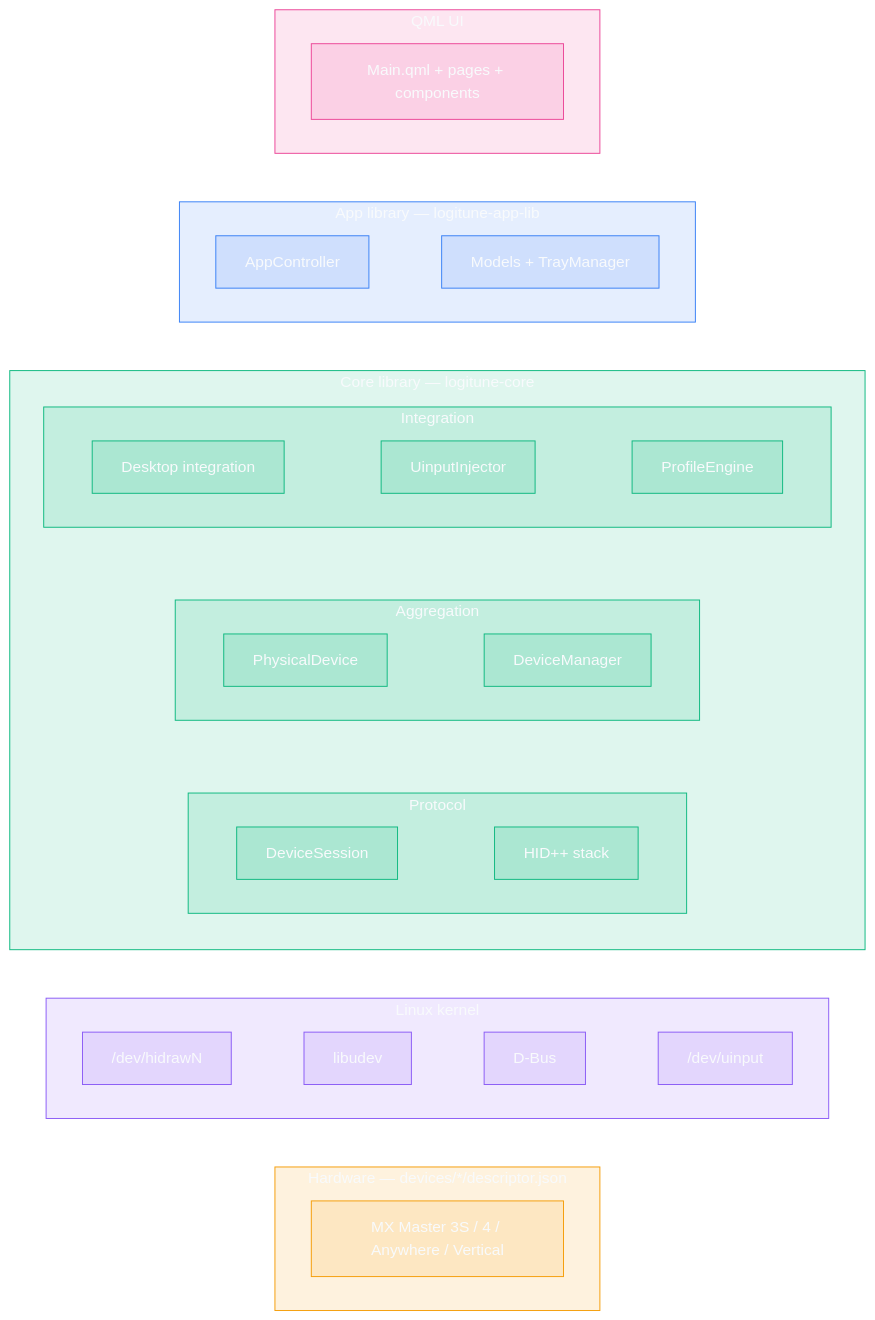
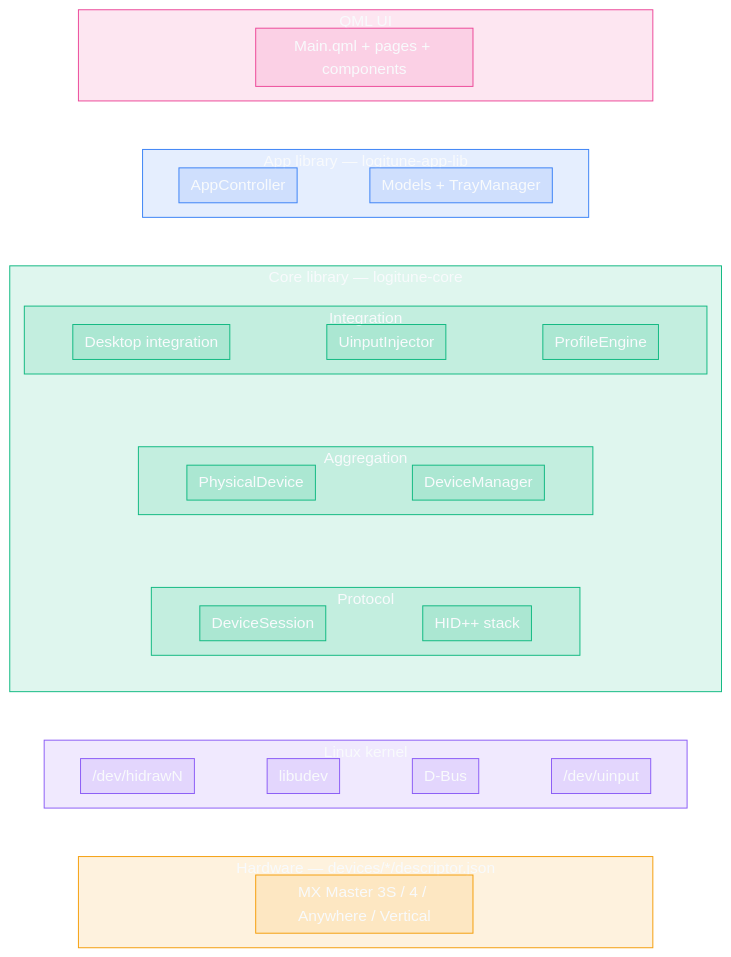
The first of 17 diagrams in docs/wiki/Architecture.md (mmaher88/logitune), drawn with Mermaid before and after one commit.

Commit message:
docs(wiki): tighten System Overview - no gaps, pad short layers to full width
Two changes to the diagram:

- Init the flowchart with nodeSpacing 10 / rankSpacing 0 / padding 6
  so GitHub's mermaid stops inserting vertical air between layers.
  The stack now reads as one contiguous diagram.
- Add invisible padding nodes (:::hidden) to the UI and Hardware
  subgraphs so those one-block layers stretch to roughly the same
  width as the multi-block ones. Without them the narrow layers
  floated in the middle of the page looking disconnected.

````diff
--- a/docs/wiki/Architecture.md
+++ b/docs/wiki/Architecture.md
@@ -9,50 +9,54 @@
 ```mermaid
+%%{init: {'flowchart': {'nodeSpacing': 10, 'rankSpacing': 0, 'padding': 6, 'subGraphTitleMargin': {'top': 0, 'bottom': 4}}}}%%
 flowchart TB
     subgraph ui ["QML UI"]
-        u1["Main.qml + pages + components"]
+        direction LR
+        uPadL:::hidden ~~~ u1["Main.qml + pages + components"] ~~~ uPadR:::hidden
     end
 
     subgraph app ["App library — logitune-app-lib"]
         direction LR
         a1["AppController"] ~~~ a2["Models + TrayManager"]
     end
 
     subgraph core ["Core library — logitune-core"]
         direction TB
         subgraph coreIntegration ["Integration"]
             direction LR
             cI1["Desktop integration"] ~~~ cI2["UinputInjector"] ~~~ cI3["ProfileEngine"]
         end
         subgraph coreAggregation ["Aggregation"]
             direction LR
             cA1["PhysicalDevice"] ~~~ cA2["DeviceManager"]
         end
         subgraph coreProtocol ["Protocol"]
             direction LR
             cP1["DeviceSession"] ~~~ cP2["HID++ stack"]
         end
         coreIntegration ~~~ coreAggregation ~~~ coreProtocol
     end
 
     subgraph kernel ["Linux kernel"]
         direction LR
         k1["/dev/hidrawN"] ~~~ k2["libudev"] ~~~ k3["D-Bus"] ~~~ k4["/dev/uinput"]
     end
 
     subgraph hardware ["Hardware — devices/*/descriptor.json"]
-        h1["MX Master 3S / 4 / Anywhere / Vertical"]
+        direction LR
+        hPadL:::hidden ~~~ h1["MX Master 3S / 4 / Anywhere / Vertical"] ~~~ hPadR:::hidden
     end
 
     ui ~~~ app ~~~ core ~~~ kernel ~~~ hardware
 
     classDef uiStyle     fill:#ec489922,stroke:#ec4899,color:#f8fafc
     classDef appStyle    fill:#3b82f622,stroke:#3b82f6,color:#f8fafc
     classDef coreStyle   fill:#10b98122,stroke:#10b981,color:#f8fafc
     classDef kernelStyle fill:#8b5cf622,stroke:#8b5cf6,color:#f8fafc
     classDef hwStyle     fill:#f59e0b22,stroke:#f59e0b,color:#f8fafc
+    classDef hidden fill:transparent,stroke:transparent,color:transparent
     class ui,u1 uiStyle
     class app,a1,a2 appStyle
     class core,coreIntegration,coreAggregation,coreProtocol,cI1,cI2,cI3,cA1,cA2,cP1,cP2 coreStyle
     class kernel,k1,k2,k3,k4 kernelStyle
     class hardware,h1 hwStyle
 ```
````
